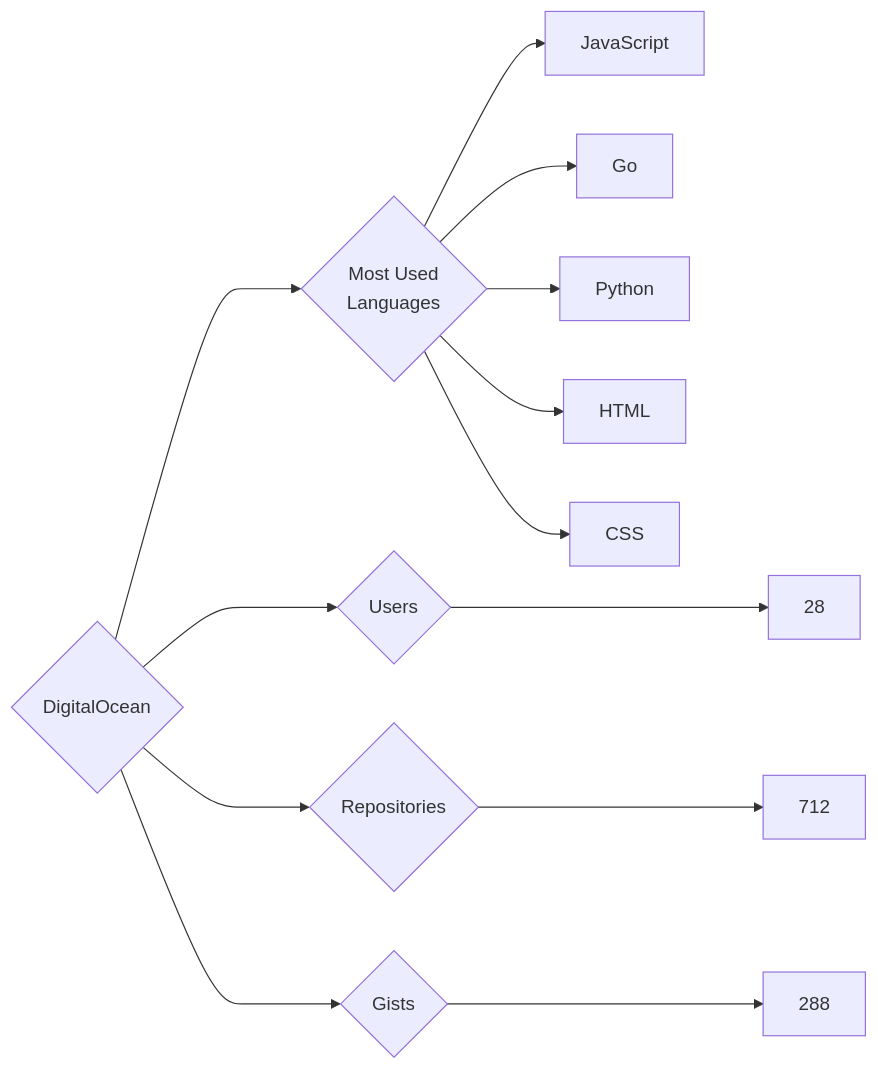
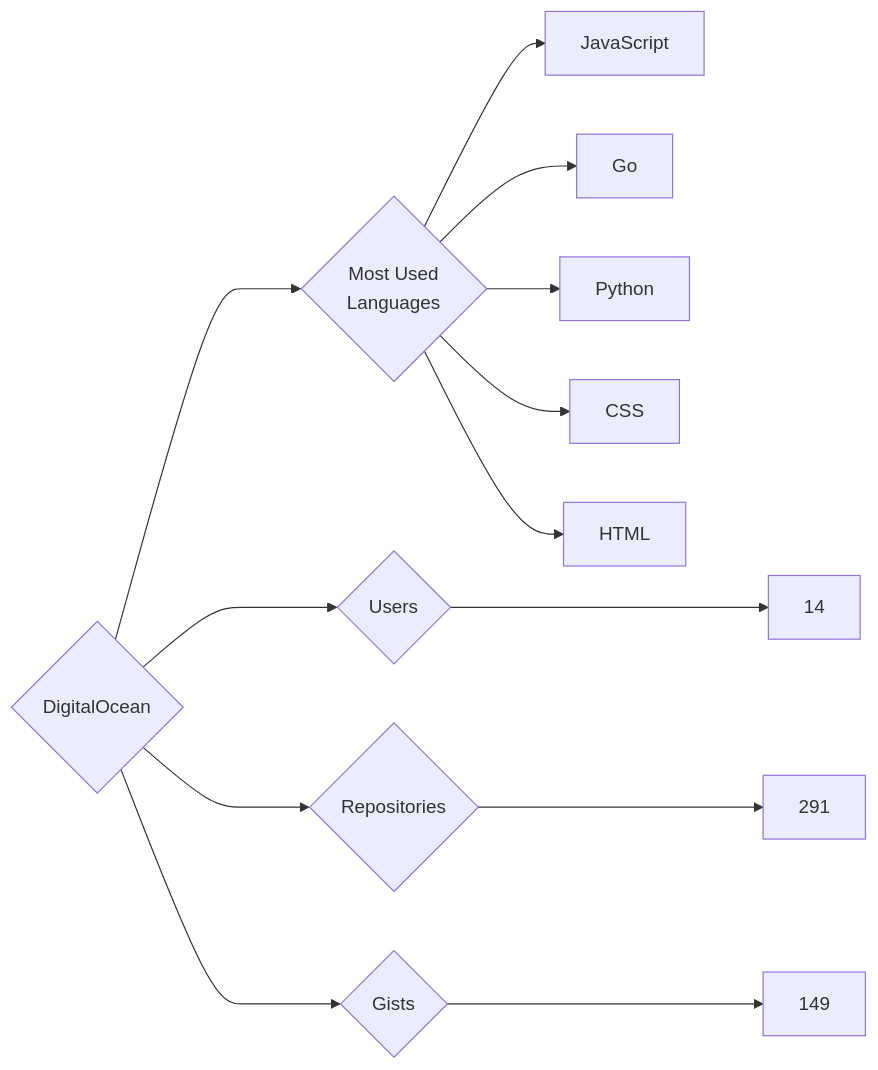
One commit to trickest/insiders changed the diagram in targets/DigitalOcean/README.md. Above: the diagram before and after it, drawn with Mermaid. The commit also changed 1238 other files, not shown here.

````diff
--- a/targets/DigitalOcean/README.md
+++ b/targets/DigitalOcean/README.md
@@ -3,13 +3,13 @@
 ```mermaid
 graph LR
 COMPANY_NAME{DigitalOcean}
-COMPANY_NAME ---> U{Users} ---> UN[28]
-COMPANY_NAME ---> R{Repositories} ---> RN[712]
-COMPANY_NAME ---> G{Gists} ---> GN[288]
+COMPANY_NAME ---> U{Users} ---> UN[14]
+COMPANY_NAME ---> R{Repositories} ---> RN[291]
+COMPANY_NAME ---> G{Gists} ---> GN[149]
 COMPANY_NAME ---> ML{Most Used<br>Languages}
 ML --> JavaScript[JavaScript]
 ML --> Go[Go]
 ML --> Python[Python]
+ML --> CSS[CSS]
 ML --> HTML[HTML]
-ML --> CSS[CSS]
 ```
````
